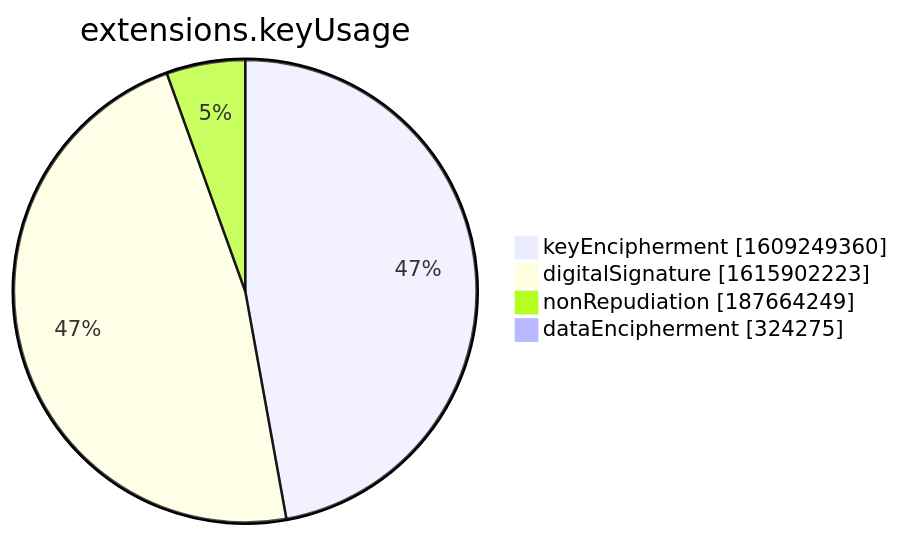
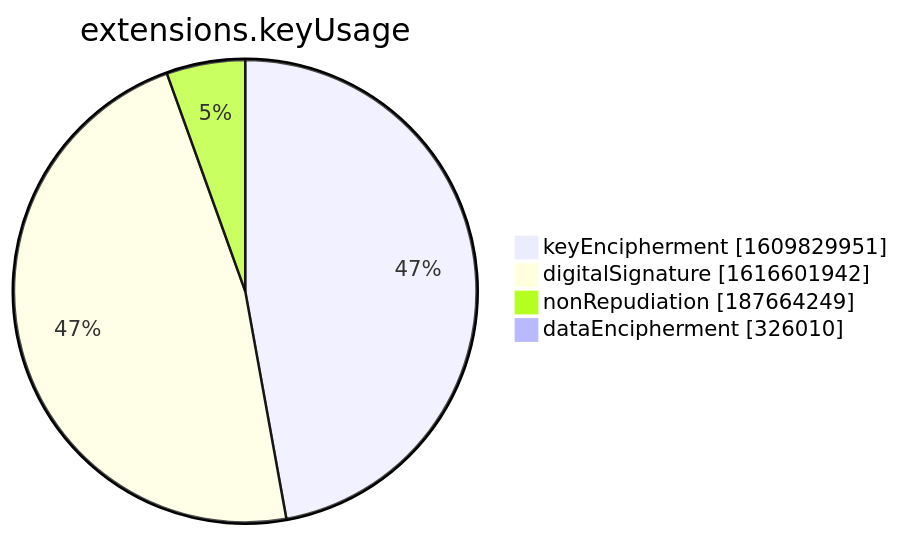
The seventh of 15 diagrams in xenon2022/README.md (christiankrug/ctmonitor_visualization), drawn with Mermaid before and after one commit. The commit also changed other lines of this file, not shown here.

````diff
--- a/xenon2022/README.md
+++ b/xenon2022/README.md
@@ -2855,8 +2855,8 @@
 ```mermaid
 pie showData
 title extensions.keyUsage
-"keyEncipherment" :1609249360
-"digitalSignature" :1615902223
+"keyEncipherment" :1609829951
+"digitalSignature" :1616601942
 "nonRepudiation" :187664249
-"dataEncipherment" :324275
+"dataEncipherment" :326010
 ```
````
